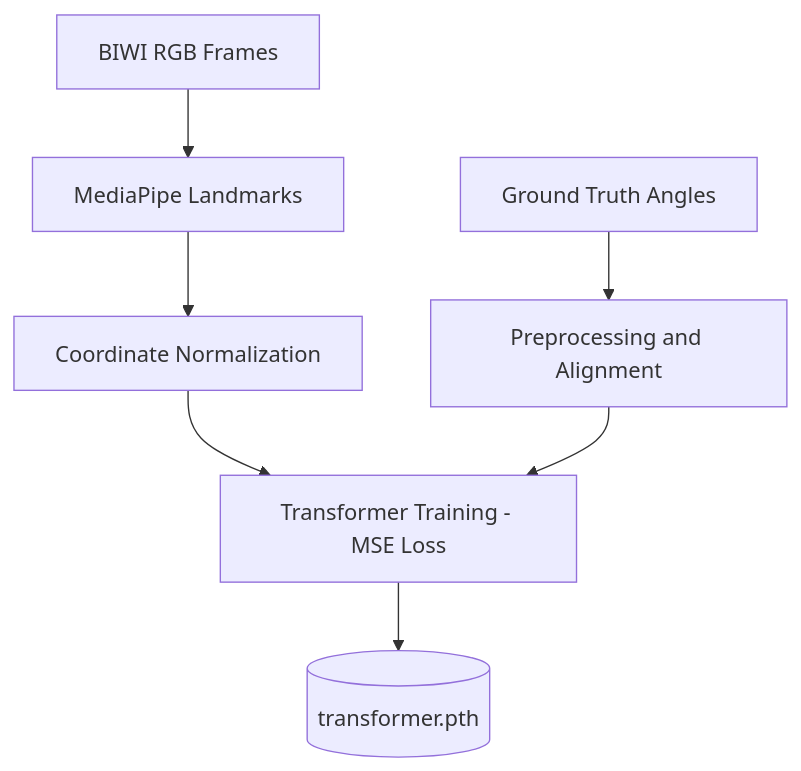
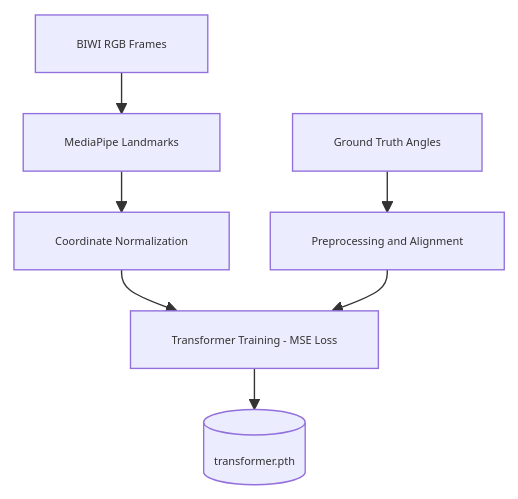
The third of 3 diagrams in README.md (seonghwan97/Face-Tracking-Semi-Immersive-VR), drawn with Mermaid before and after one commit.

````diff
--- a/README.md
+++ b/README.md
@@ -213,10 +213,21 @@
 ```mermaid
-%%{init: {'flowchart': {'htmlLabels': false, 'useMaxWidth': false}, 'themeVariables': {'scale': 0.25}}}%%
+%%{init: {
+  'flowchart': {
+    'htmlLabels': false,
+    'useMaxWidth': false,
+    'curve': 'basis',
+    'nodeSpacing': 30,
+    'rankSpacing': 30
+  },
+  'themeVariables': {
+    'fontSize': '8px'
+  }
+}}%%
 flowchart TB
     D1[BIWI RGB Frames] --> P1[MediaPipe Landmarks]
     D2[Ground Truth Angles] --> J[Preprocessing and Alignment]
     P1 --> N1[Coordinate Normalization]
     N1 --> M1[Transformer Training - MSE Loss]
     J --> M1
     M1 --> W[(transformer.pth)]
 ```
````
